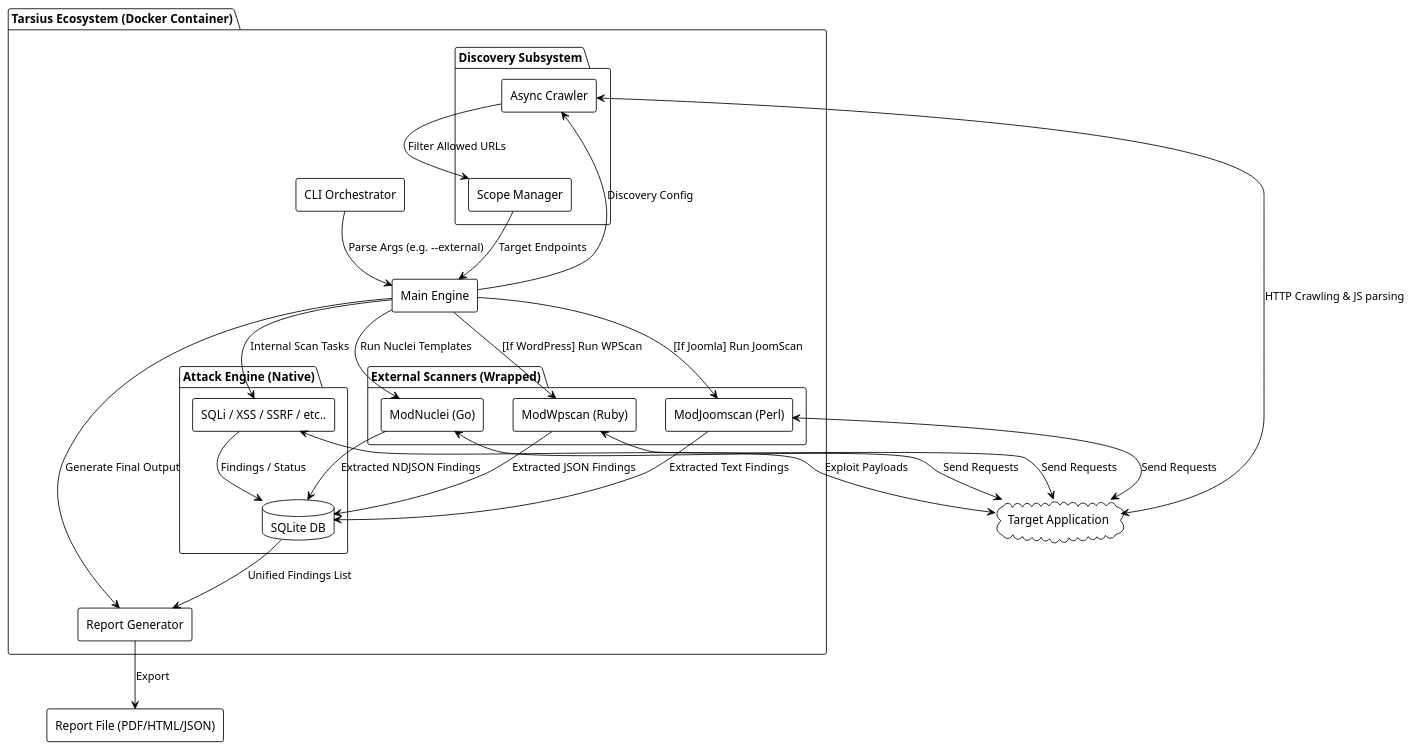
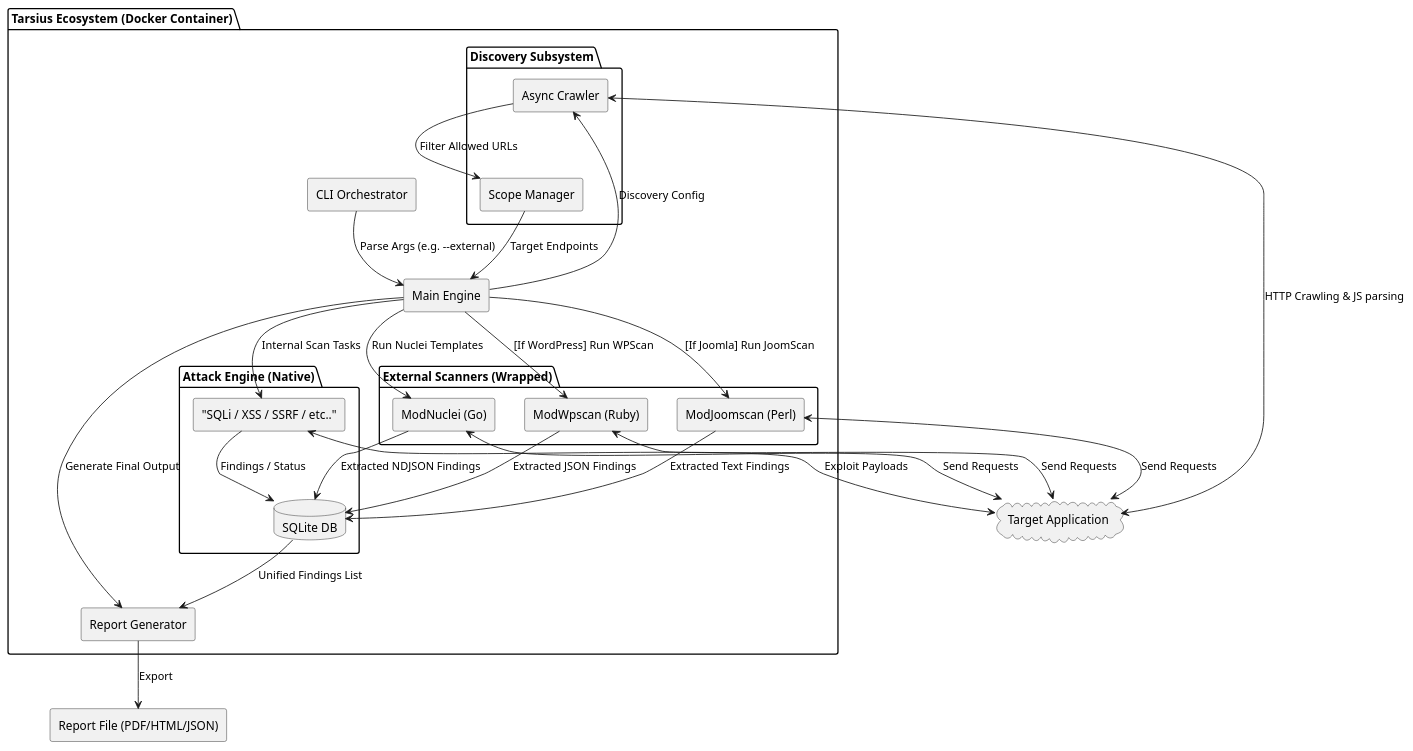
One commit to StealthMoud/Tarsius changed the diagram in docs/diagrams/architecture.puml. Above: the diagram before and after it, drawn with PlantUML. The commit also changed 1 other file, not shown here.

```diff
--- a/docs/diagrams/architecture.puml
+++ b/docs/diagrams/architecture.puml
@@ -1,54 +1,53 @@
 @startuml architecture
-!theme plain
 skinparam componentStyle rectangle
 
 package "Tarsius Ecosystem (Docker Container)" {
     [CLI Orchestrator] as cli
     [Main Engine] as engine
     
     package "Discovery Subsystem" {
         [Async Crawler] as crawler
         [Scope Manager] as scope
     }
 
     package "Attack Engine (Native)" {
-        [SQLi / XSS / SSRF / etc..] as native_scanner
+        ["SQLi / XSS / SSRF / etc.."] as native_scanner
         database "SQLite DB" as db
     }
 
     package "External Scanners (Wrapped)" {
         [ModNuclei (Go)] as nuclei
         [ModWpscan (Ruby)] as wpscan
         [ModJoomscan (Perl)] as joomscan
     }
     
     [Report Generator] as reporter
 }
 
 cloud "Target Application" as web
 
 cli --> engine : Parse Args (e.g. --external)
 engine --> crawler : Discovery Config
 crawler <--> web : HTTP Crawling & JS parsing
 crawler --> scope : Filter Allowed URLs
 scope --> engine : Target Endpoints
 
 engine --> native_scanner : Internal Scan Tasks
 native_scanner <--> web : Exploit Payloads
 
 engine --> nuclei : Run Nuclei Templates
 nuclei <--> web : Send Requests
-engine --> wpscan : [If WordPress] Run WPScan 
+engine --> wpscan : [If WordPress] Run WPScan
 wpscan <--> web : Send Requests
 engine --> joomscan : [If Joomla] Run JoomScan
 joomscan <--> web : Send Requests
 
 native_scanner --> db : Findings / Status
 nuclei --> db : Extracted NDJSON Findings
 wpscan --> db : Extracted JSON Findings
 joomscan --> db : Extracted Text Findings
 
 engine --> reporter : Generate Final Output
 db --> reporter : Unified Findings List
 reporter --> [Report File (PDF/HTML/JSON)] : Export
 @enduml
```
